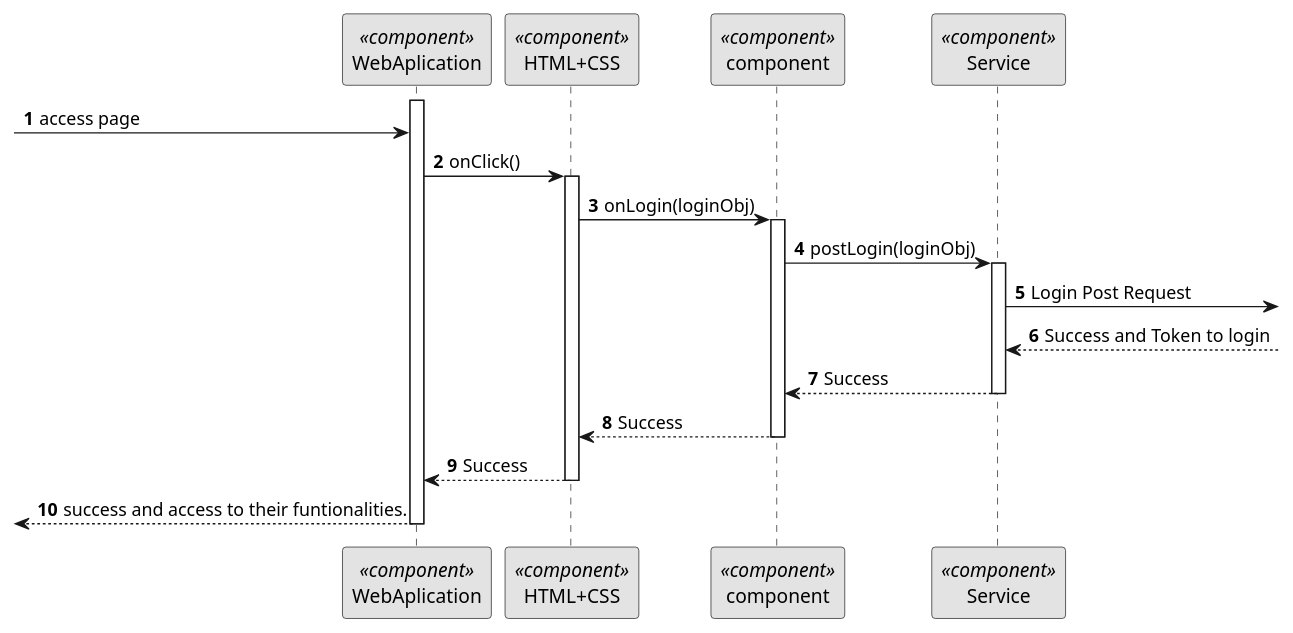
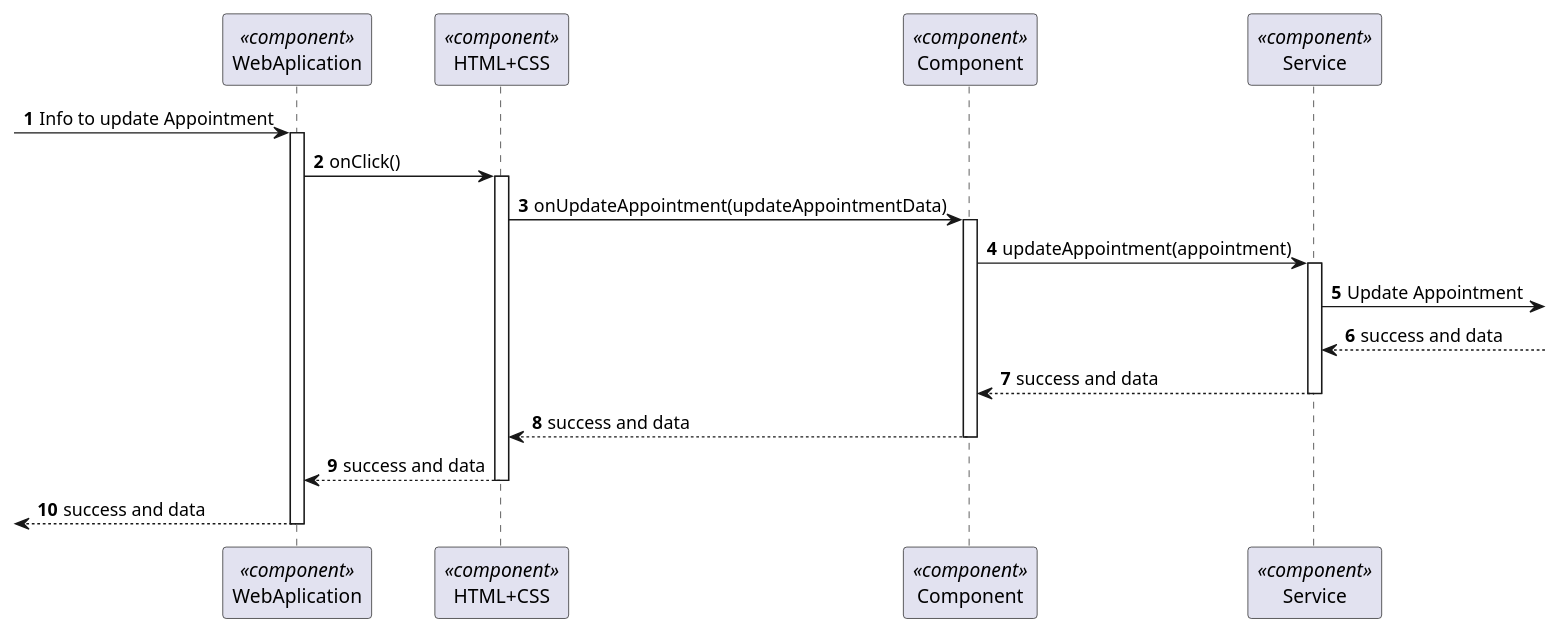
One commit to Ana-Miguel-Silva/SurgicalAppointmentAndResourceManagement changed the diagram in docs/BackofficeModule/7.2.9/sequence-diagram-3.puml. Above: the diagram before and after it, drawn with PlantUML. The commit also changed 36 other files, not shown here.

```diff
--- a/docs/BackofficeModule/7.2.9/sequence-diagram-3.puml
+++ b/docs/BackofficeModule/7.2.9/sequence-diagram-3.puml
@@ -1,54 +1,47 @@
-@startuml 5.1.1
-skinparam monochrome true
+@startuml 6.2.6
 skinparam packageStyle rectangle
 skinparam shadowing false
 
 autonumber
 
 participant "WebAplication" as FE <<component>>
 participant "HTML+CSS" as HT <<component>>
-participant "component" as CM <<component>>
+participant "Component" as CM <<component>>
 participant "Service" as SERV <<component>>
-
-
-activate FE
--> FE: access page
-
-FE -> HT : onClick()
-activate HT
-
-
-HT -> CM : onLogin(loginObj)
-
-activate CM
-
-CM -> SERV : postLogin(loginObj)
-
- activate SERV
-
-  SERV -> : Login Post Request
-
- SERV <-- : Success and Token to login
-
-SERV --> CM : Success
-
-
-deactivate SERV
-
-CM --> HT : Success
-deactivate CM
-
-
-
-HT --> FE : Success
-deactivate HT
-
-<--- FE : success and access to their funtionalities.
-
-deactivate FE
 
 
 
 
 
+-> FE : Info to update Appointment
+activate FE
+
+FE -> HT : onClick()
+activate HT
+
+HT -> CM : onUpdateAppointment(updateAppointmentData)
+activate CM
+
+CM -> SERV : updateAppointment(appointment)
+activate SERV
+
+SERV -> : Update Appointment
+
+ SERV <--: success and data
+
+
+ SERV--> CM : success and data
+
+deactivate  SERV
+
+ CM --> HT : success and data
+  deactivate CM
+ HT --> FE : success and data
+
+deactivate HT
+
+
+<-- FE   : success and data
+deactivate FE
+
 @enduml
```
